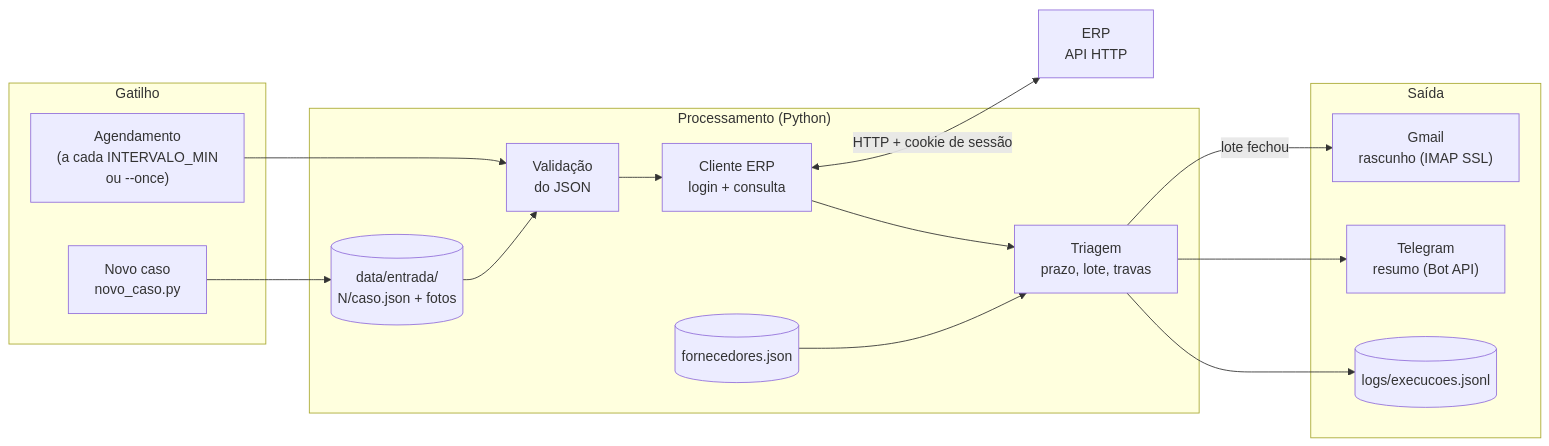
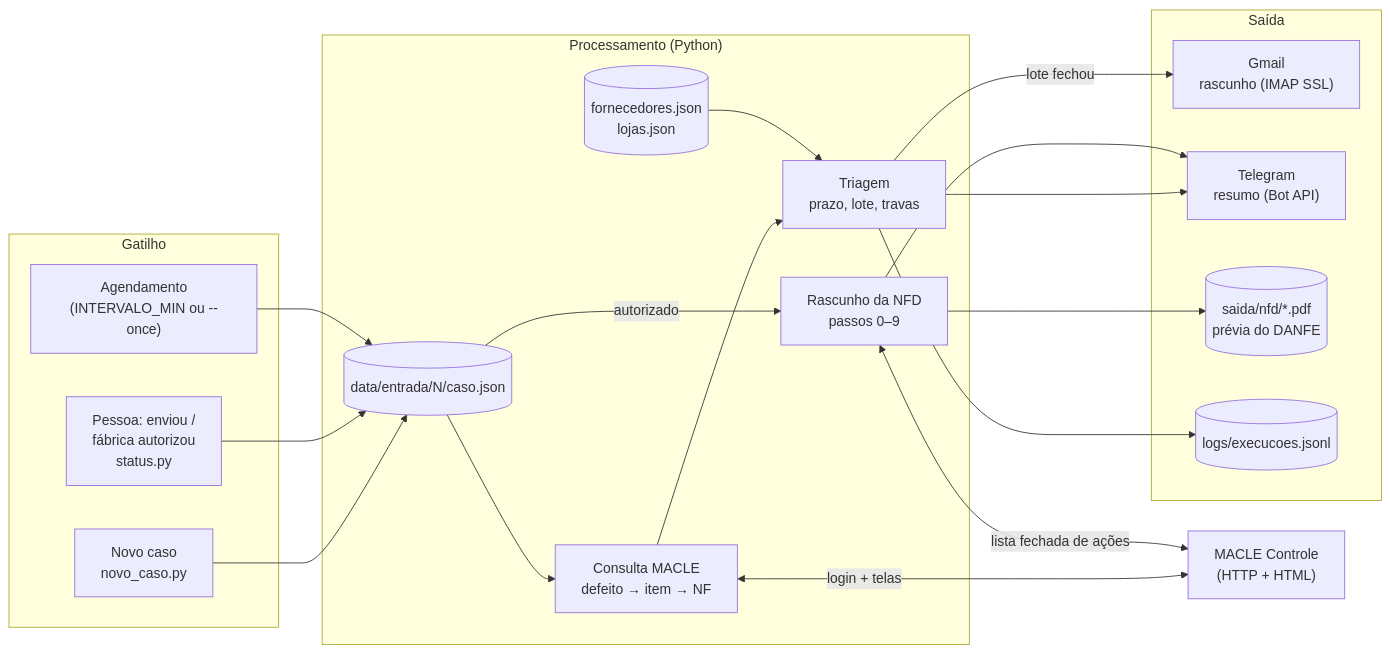
One commit to angelofonseca/automacao-devolucoes-macle changed the first of 2 diagrams in README.md. Above: the diagram before and after it, drawn with Mermaid. The commit also changed other lines of this file and 34 other files, not shown here.

Commit message:
Integração com o ERP MACLE e rascunho da NFD

````diff
--- a/README.md
+++ b/README.md
@@ -44,33 +44,34 @@
 ```mermaid
 flowchart LR
     subgraph G["Gatilho"]
-        T["Agendamento<br/>(a cada INTERVALO_MIN<br/>ou --once)"]
+        T["Agendamento<br/>(INTERVALO_MIN ou --once)"]
         N["Novo caso<br/>novo_caso.py"]
+        H["Pessoa: enviou /<br/>fábrica autorizou<br/>status.py"]
     end
-
     subgraph P["Processamento (Python)"]
-        C[("data/entrada/<br/>N/caso.json + fotos")]
-        V["Validação<br/>do JSON"]
-        E["Cliente ERP<br/>login + consulta"]
+        C[("data/entrada/N/caso.json")]
+        CO["Consulta MACLE<br/>defeito → item → NF"]
         TR["Triagem<br/>prazo, lote, travas"]
-        F[("fornecedores.json")]
+        NF["Rascunho da NFD<br/>passos 0–9"]
+        F[("fornecedores.json<br/>lojas.json")]
     end
-
     subgraph S["Saída"]
         GM["Gmail<br/>rascunho (IMAP SSL)"]
         TG["Telegram<br/>resumo (Bot API)"]
+        PDF[("saida/nfd/*.pdf<br/>prévia do DANFE")]
         L[("logs/execucoes.jsonl")]
     end
-
-    ERP["ERP<br/>API HTTP"]
-
+    M["MACLE Controle<br/>(HTTP + HTML)"]
     N --> C
-    T --> V
-    C --> V --> E
-    E <-->|"HTTP + cookie de sessão"| ERP
-    E --> TR
+    H --> C
+    T --> C
+    C --> CO <-->|"login + telas"| M
+    CO --> TR
     F --> TR
     TR -->|"lote fechou"| GM
+    C -->|"autorizado"| NF <-->|"lista fechada de ações"| M
+    NF --> PDF
     TR --> TG
+    NF --> TG
     TR --> L
 ```
````
